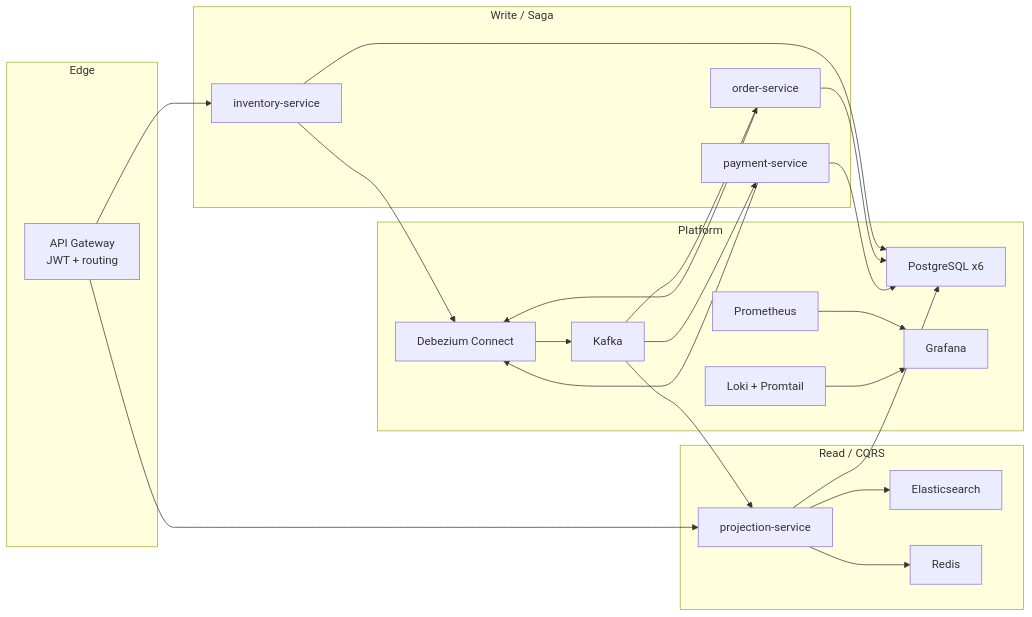
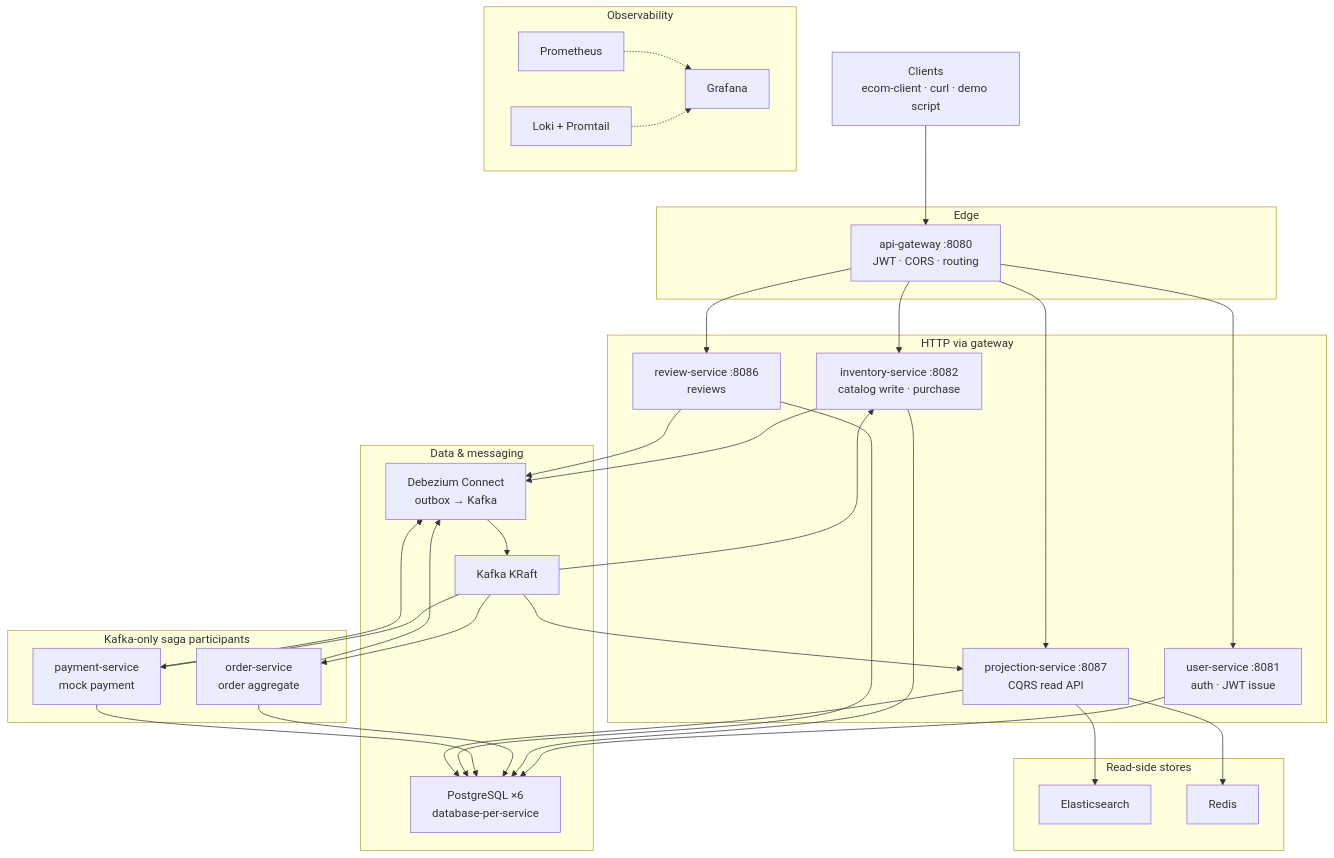
Before and after one commit to tahaberkamcadev/ecom: the first of 2 diagrams in README.md, drawn with Mermaid. The commit also changed other lines of this file and 1 other file, not shown here.

Commit message:
Update README.md and demo_script.py for improved clarity and accuracy
- Enhanced the tech stack section with badge links for Java, Spring Boot, Kafka, PostgreSQL, Docker, and MIT License.
- Updated the architecture diagram to clarify service interactions and data flow, including detailed descriptions of the API Gateway and service roles.
- Revised security notes to specify the use of a shared gateway secret for internal service communication.
- Modified demo_script.py to reflect the correct script name for running the demo.

````diff
--- a/README.md
+++ b/README.md
@@ -62,45 +62,66 @@
 ```mermaid
-flowchart LR
+flowchart TB
+  CLIENT["Clients<br/>ecom-client · curl · demo script"]
+
   subgraph edge["Edge"]
-    GW["API Gateway<br/>JWT + routing"]
+    GW["api-gateway :8080<br/>JWT · CORS · routing"]
   end
 
-  subgraph write["Write / Saga"]
-    INV["inventory-service"]
-    ORD["order-service"]
-    PAY["payment-service"]
+  subgraph http["HTTP via gateway"]
+    USER["user-service :8081<br/>auth · JWT issue"]
+    INV["inventory-service :8082<br/>catalog write · purchase"]
+    REV["review-service :8086<br/>reviews"]
+    PRJ["projection-service :8087<br/>CQRS read API"]
   end
 
-  subgraph read["Read / CQRS"]
-    PRJ["projection-service"]
+  subgraph saga["Kafka-only saga participants"]
+    ORD["order-service<br/>order aggregate"]
+    PAY["payment-service<br/>mock payment"]
+  end
+
+  subgraph readstore["Read-side stores"]
     ES["Elasticsearch"]
     RD["Redis"]
   end
 
-  subgraph infra["Platform"]
-    K["Kafka"]
-    DB["PostgreSQL x6"]
-    DEB["Debezium Connect"]
-    PROM["Prometheus"]
-    GRAF["Grafana"]
-    LOKI["Loki + Promtail"]
+  subgraph data["Data & messaging"]
+    DB["PostgreSQL ×6<br/>database-per-service"]
+    DEB["Debezium Connect<br/>outbox → Kafka"]
+    K["Kafka KRaft"]
   end
 
+  subgraph obs["Observability"]
+    PROM["Prometheus"]
+    LOKI["Loki + Promtail"]
+    GRAF["Grafana"]
+  end
+
+  CLIENT --> GW
+  GW --> USER
   GW --> INV
+  GW --> REV
   GW --> PRJ
+
+  USER --> DB
   INV --> DB
   ORD --> DB
   PAY --> DB
+  REV --> DB
+  PRJ --> DB
+  PRJ --> ES
+  PRJ --> RD
+
   INV --> DEB
   ORD --> DEB
   PAY --> DEB
+  REV --> DEB
   DEB --> K
+
   K --> ORD
   K --> PAY
   K --> PRJ
-  PRJ --> DB
-  PRJ --> ES
-  PRJ --> RD
-  PROM --> GRAF
-  LOKI --> GRAF
+  K --> INV
+
+  PROM -.-> GRAF
+  LOKI -.-> GRAF
 ```
````
